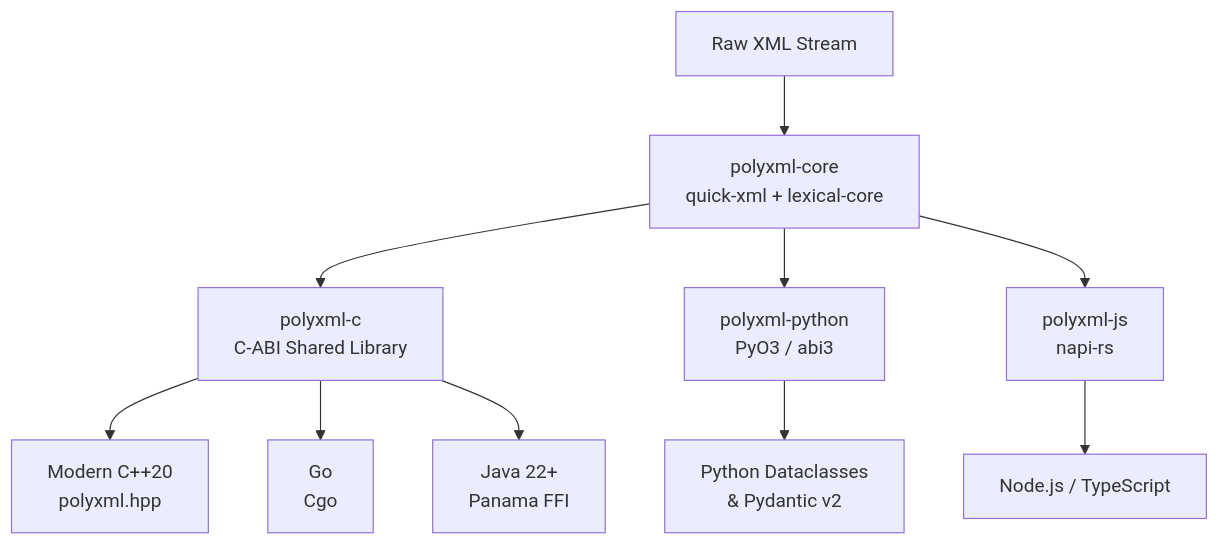
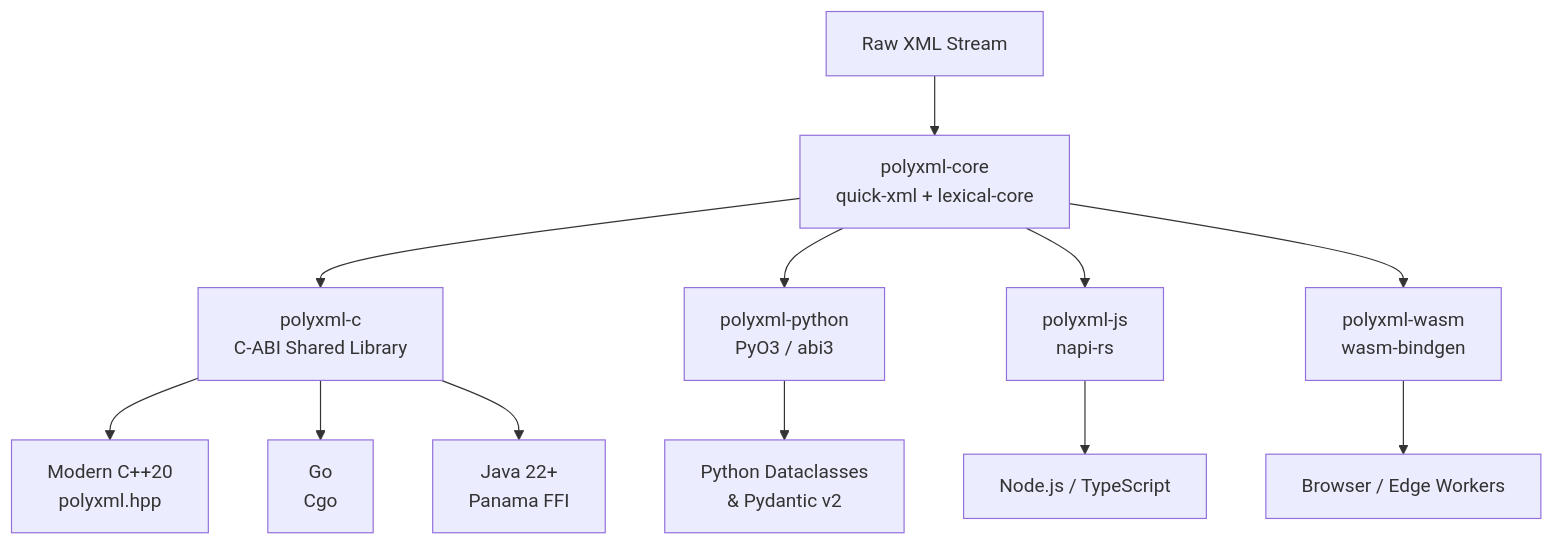
The second of 2 diagrams in docs/index.md (polyxml/PolyXML), drawn with Mermaid before and after one commit. The commit also changed other lines of this file and 6 other files, not shown here.

Commit message:
docs: improve navigation hierarchy, add transcoding guide, update diagrams to 8 runtimes, and add split-units flags

````diff
--- a/docs/index.md
+++ b/docs/index.md
@@ -98,14 +102,16 @@
 ```mermaid
 flowchart TD
     XML[Raw XML Stream] --> CORE[polyxml-core<br/>quick-xml + lexical-core]
     CORE --> CABI[polyxml-c<br/>C-ABI Shared Library]
     CORE --> PY[polyxml-python<br/>PyO3 / abi3]
     CORE --> NAPI[polyxml-js<br/>napi-rs]
+    CORE --> WASM[polyxml-wasm<br/>wasm-bindgen]
 
     CABI --> CPP[Modern C++20<br/>polyxml.hpp]
     CABI --> GO[Go<br/>Cgo]
     CABI --> JAVA[Java 22+<br/>Panama FFI]
 
     PY --> PYMODELS[Python Dataclasses<br/>& Pydantic v2]
     NAPI --> TS[Node.js / TypeScript]
+    WASM --> WEB[Browser / Edge Workers]
 ```
````
